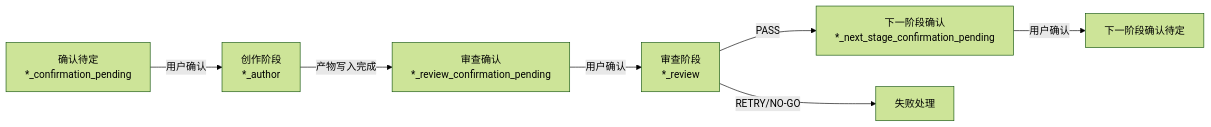
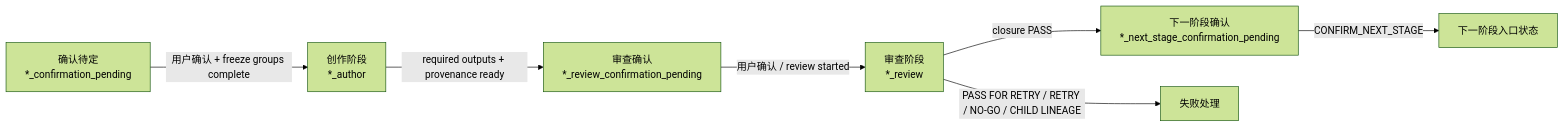
The eighth of 10 diagrams in docs/guides/how-qros-works.md (web3qt/quant-research-os), drawn with Mermaid (forest theme) before and after one commit. The commit also changed other lines of this file and 9 other files, not shown here.

````diff
--- a/docs/guides/how-qros-works.md
+++ b/docs/guides/how-qros-works.md
@@ -288,9 +301,9 @@
 ```mermaid
 graph LR
-    A["确认待定<br/>*_confirmation_pending"] -->|"用户确认"| B["创作阶段<br/>*_author"]
-    B -->|"产物写入完成"| C["审查确认<br/>*_review_confirmation_pending"]
-    C -->|"用户确认"| D["审查阶段<br/>*_review"]
-    D -->|"PASS"| E["下一阶段确认<br/>*_next_stage_confirmation_pending"]
-    D -->|"RETRY/NO-GO"| F["失败处理"]
-    E -->|"用户确认"| A2["下一阶段确认待定"]
+    A["确认待定<br/>*_confirmation_pending"] -->|"用户确认 + freeze groups complete"| B["创作阶段<br/>*_author"]
+    B -->|"required outputs + provenance ready"| C["审查确认<br/>*_review_confirmation_pending"]
+    C -->|"用户确认 / review started"| D["审查阶段<br/>*_review"]
+    D -->|"closure PASS"| E["下一阶段确认<br/>*_next_stage_confirmation_pending"]
+    D -->|"PASS FOR RETRY / RETRY / NO-GO / CHILD LINEAGE"| F["失败处理"]
+    E -->|"CONFIRM_NEXT_STAGE"| A2["下一阶段入口状态"]
 ```
````
